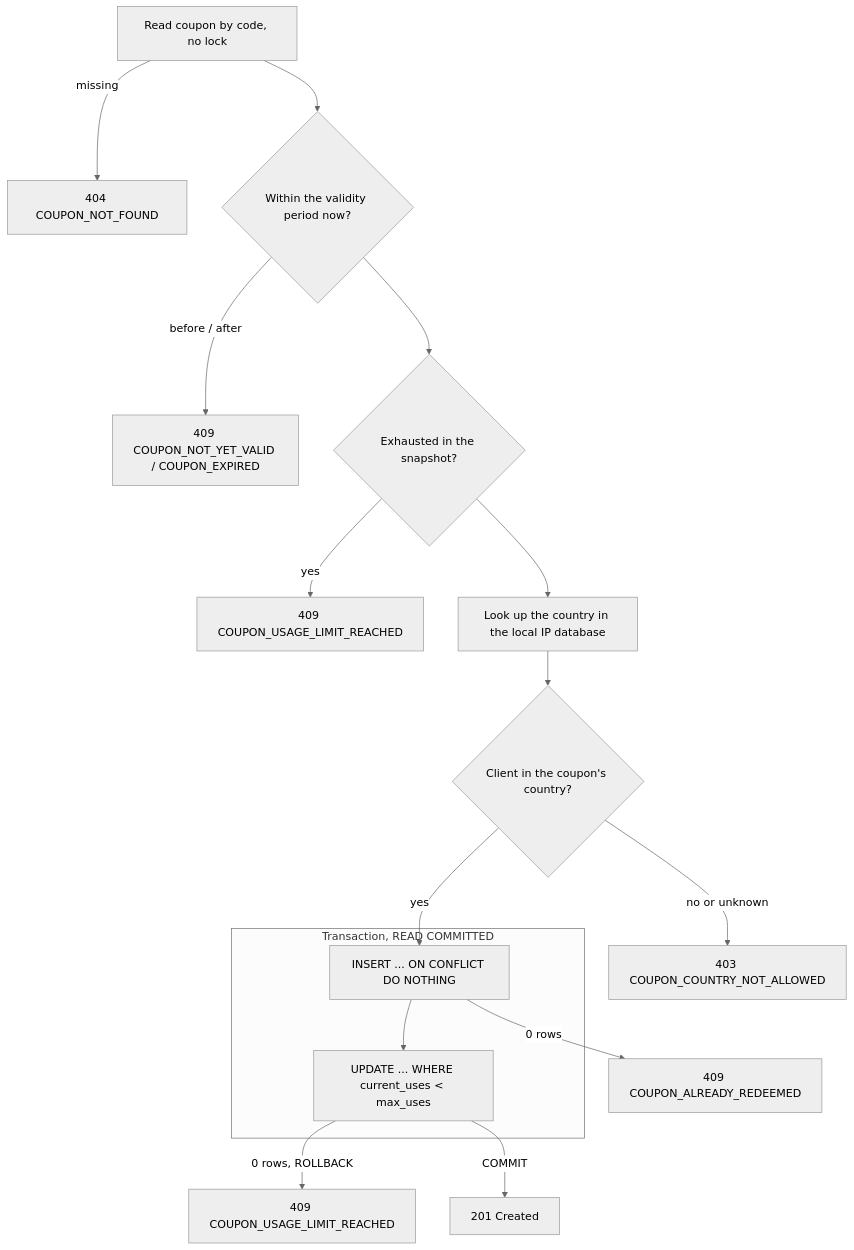
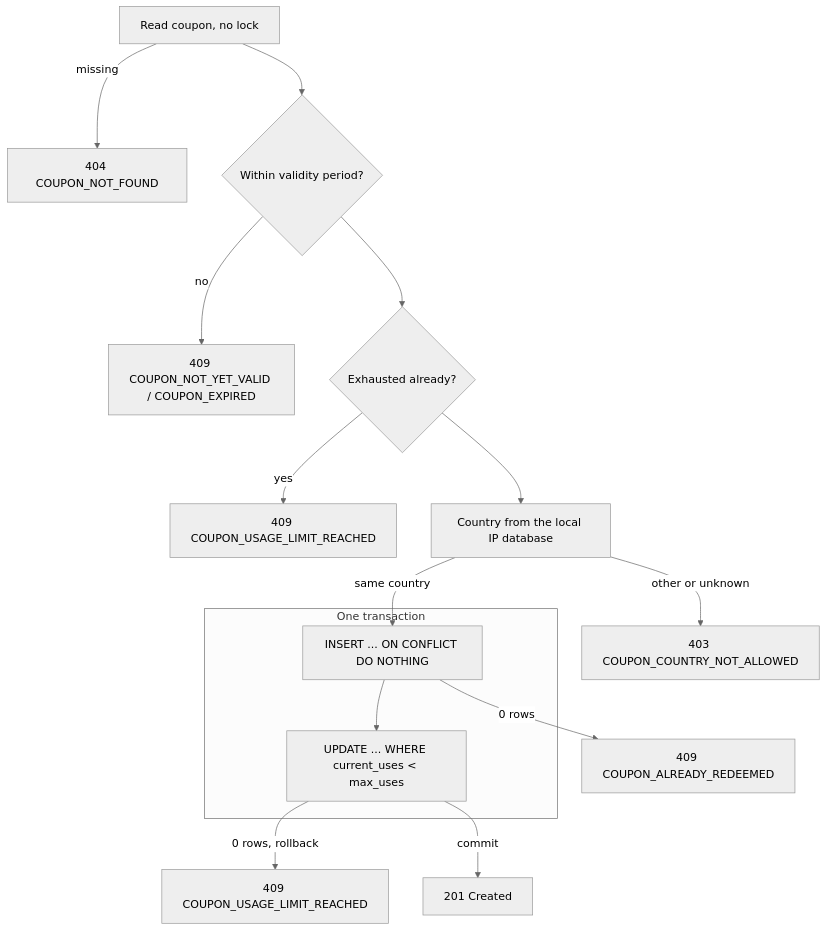
One commit to thadacz/coupon-service changed the first of 2 diagrams in README.md. Above: the diagram before and after it, drawn with Mermaid (neutral theme). The commit also changed other lines of this file, not shown here.

````diff
--- a/README.md
+++ b/README.md
@@ -123,20 +140,19 @@
 ```mermaid
 flowchart TB
-    s1[Read coupon by code, no lock] -->|missing| e404[404 COUPON_NOT_FOUND]
-    s1 --> sv{Within the validity period now?}
-    sv -->|before / after| e409v[409 COUPON_NOT_YET_VALID / COUPON_EXPIRED]
-    sv --> s2{Exhausted in the snapshot?}
+    s1[Read coupon, no lock] -->|missing| e404[404 COUPON_NOT_FOUND]
+    s1 --> sv{Within validity period?}
+    sv -->|no| e409v[409 COUPON_NOT_YET_VALID / COUPON_EXPIRED]
+    sv --> s2{Exhausted already?}
     s2 -->|yes| e409a[409 COUPON_USAGE_LIMIT_REACHED]
-    s2 --> s3[Look up the country in the local IP database]
-    s3 --> s4{Client in the coupon's country?}
-    s4 -->|no or unknown| e403[403 COUPON_COUNTRY_NOT_ALLOWED]
-    subgraph tx [Transaction, READ COMMITTED]
+    s2 --> s3[Country from the local IP database]
+    s3 -->|other or unknown| e403[403 COUPON_COUNTRY_NOT_ALLOWED]
+    subgraph tx [One transaction]
         s5[INSERT ... ON CONFLICT DO NOTHING]
         s6[UPDATE ... WHERE current_uses #lt; max_uses]
     end
-    s4 -->|yes| s5
+    s3 -->|same country| s5
     s5 -->|0 rows| e409b[409 COUPON_ALREADY_REDEEMED]
     s5 --> s6
-    s6 -->|0 rows, ROLLBACK| e409c[409 COUPON_USAGE_LIMIT_REACHED]
-    s6 -->|COMMIT| ok[201 Created]
+    s6 -->|0 rows, rollback| e409c[409 COUPON_USAGE_LIMIT_REACHED]
+    s6 -->|commit| ok[201 Created]
 ```
````
